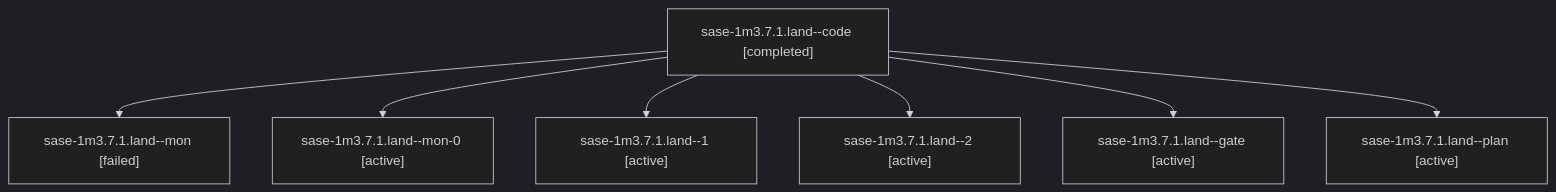
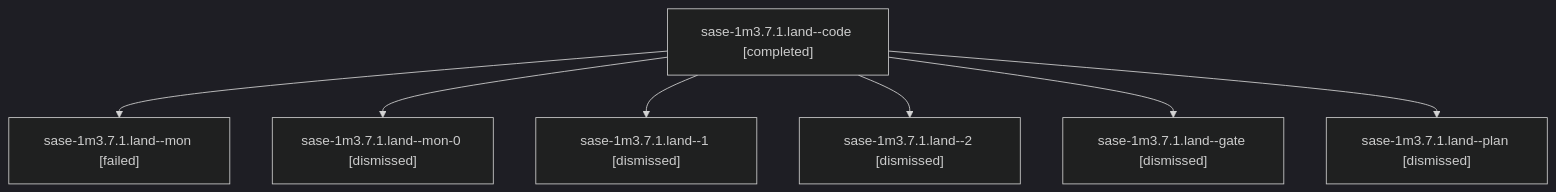
Before and after one commit to sase-org/sase--agents: the diagram in sessions/bbugyi200.apollo.sase-1m3.7.1.land.md, drawn with Mermaid (dark theme). The commit also changed other lines of this file and 141 other files, not shown here.

````diff
--- a/sessions/bbugyi200.apollo.sase-1m3.7.1.land.md
+++ b/sessions/bbugyi200.apollo.sase-1m3.7.1.land.md
@@ -9,16 +9,16 @@
 ```mermaid
 flowchart TD
   n0["sase-1m3.7.1.land--code [completed]"]
   n1["sase-1m3.7.1.land--mon [failed]"]
   n0 --> n1
-  n2["sase-1m3.7.1.land--mon-0 [active]"]
+  n2["sase-1m3.7.1.land--mon-0 [dismissed]"]
   n0 --> n2
-  n3["sase-1m3.7.1.land--1 [active]"]
+  n3["sase-1m3.7.1.land--1 [dismissed]"]
   n0 --> n3
-  n4["sase-1m3.7.1.land--2 [active]"]
+  n4["sase-1m3.7.1.land--2 [dismissed]"]
   n0 --> n4
-  n5["sase-1m3.7.1.land--gate [active]"]
+  n5["sase-1m3.7.1.land--gate [dismissed]"]
   n0 --> n5
-  n6["sase-1m3.7.1.land--plan [active]"]
+  n6["sase-1m3.7.1.land--plan [dismissed]"]
   n0 --> n6
 ```
````
